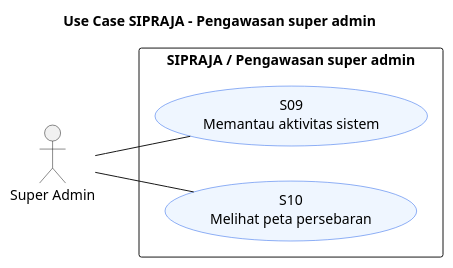
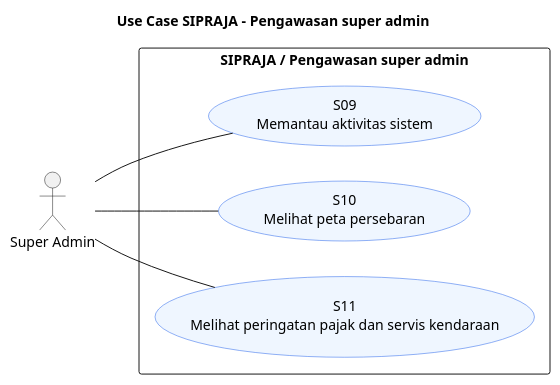
The seventh of 7 diagrams in docs/SIPRAJA-use-case.puml (Samuel-smr/Satpolpp), drawn with PlantUML before and after one commit. The commit also changed other lines of this file and 8 other files, not shown here.

Commit message:
Selaraskan diagram dengan implementasi sistem

```diff
--- a/docs/SIPRAJA-use-case.puml
+++ b/docs/SIPRAJA-use-case.puml
@@ -180,17 +181,19 @@
 @startuml SIPRAJA_7
 left to right direction
 skinparam packageStyle rectangle
 skinparam shadowing false
 skinparam usecase {
   BackgroundColor #EFF6FF
   BorderColor #2563EB
 }
 title Use Case SIPRAJA - Pengawasan super admin
 actor "Super Admin" as ACTOR0
 rectangle "SIPRAJA / Pengawasan super admin" {
   usecase "S09\nMemantau aktivitas sistem" as S09
   usecase "S10\nMelihat peta persebaran" as S10
+  usecase "S11\nMelihat peringatan pajak dan servis kendaraan" as S11
 }
 ACTOR0 -- S09
 ACTOR0 -- S10
+ACTOR0 -- S11
 @enduml
```
